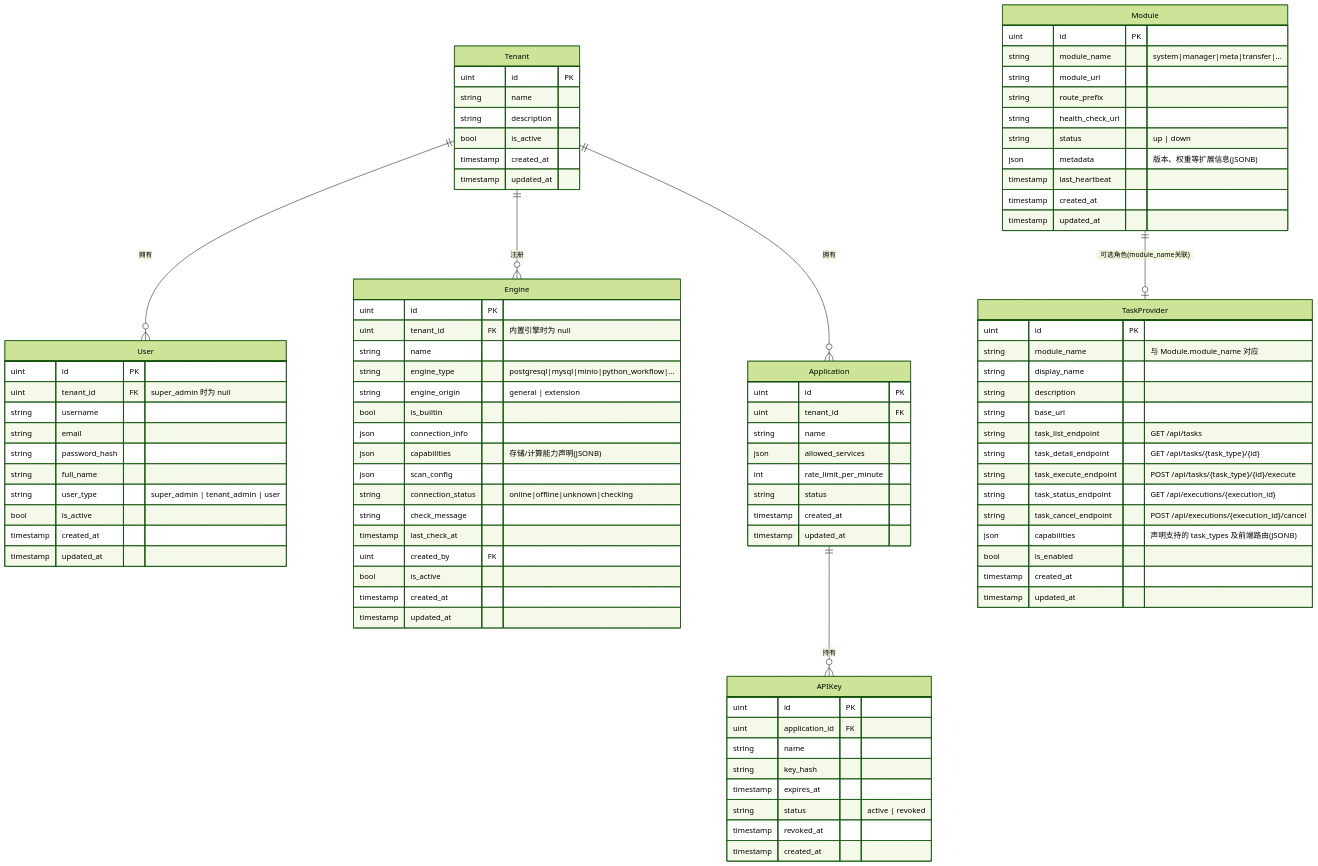
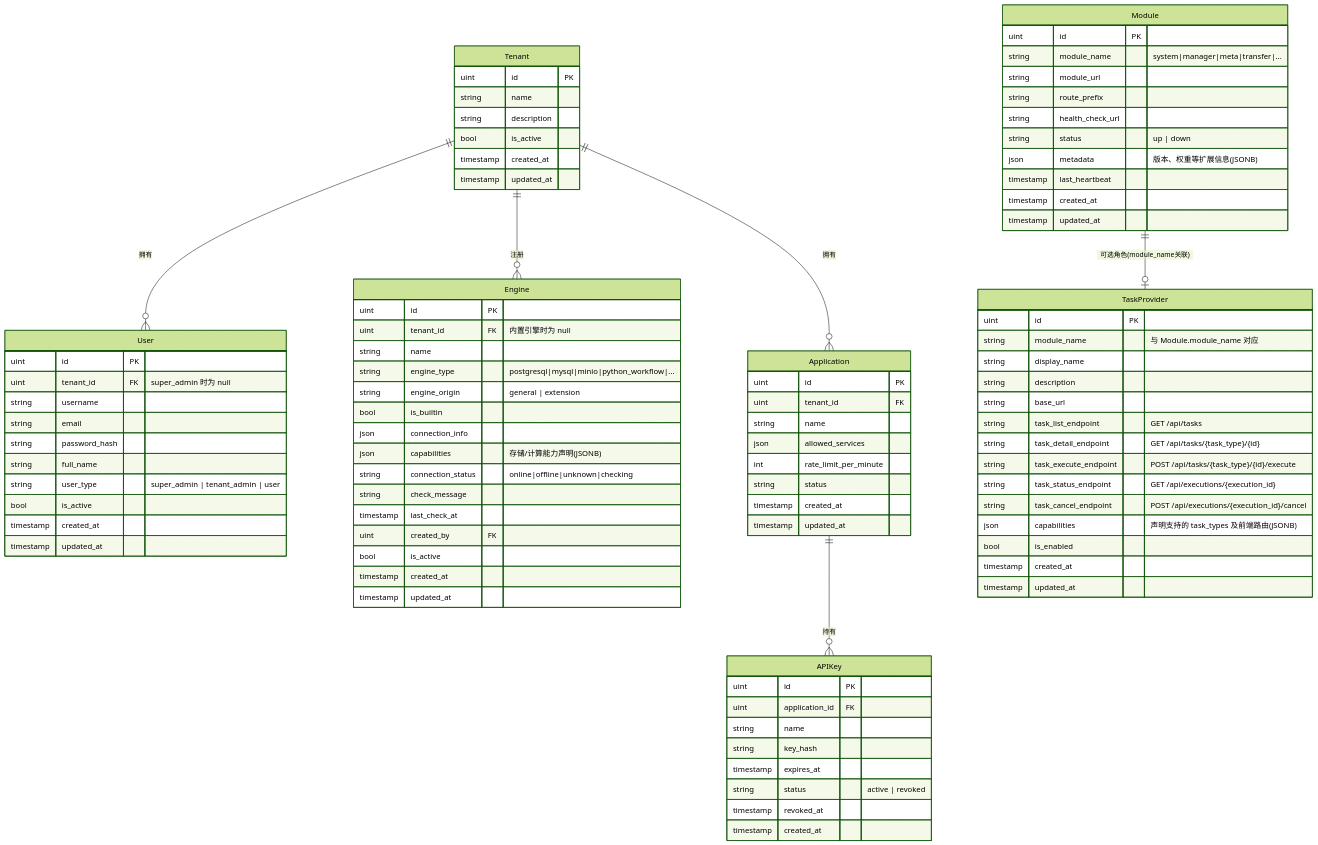
Before and after one commit to pampa0629/addp: the first of 9 diagrams in docs/concepts/addp核心对象ER图（元模型）.md, drawn with Mermaid (forest theme). The commit also changed 151 other files, not shown here.

```diff
--- a/docs/concepts/addp核心对象ER图（元模型）.md
+++ b/docs/concepts/addp核心对象ER图（元模型）.md
@@ -221,7 +221,6 @@
         bool is_builtin
         json connection_info
         json capabilities "存储/计算能力声明(JSONB)"
-        json scan_config
         string connection_status "online|offline|unknown|checking"
         string check_message
         timestamp last_check_at
```
